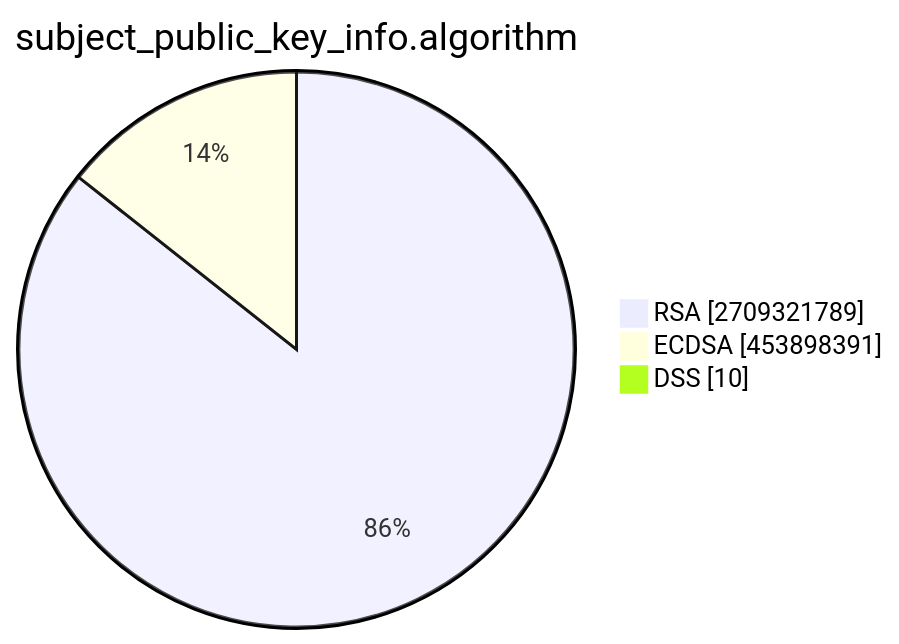
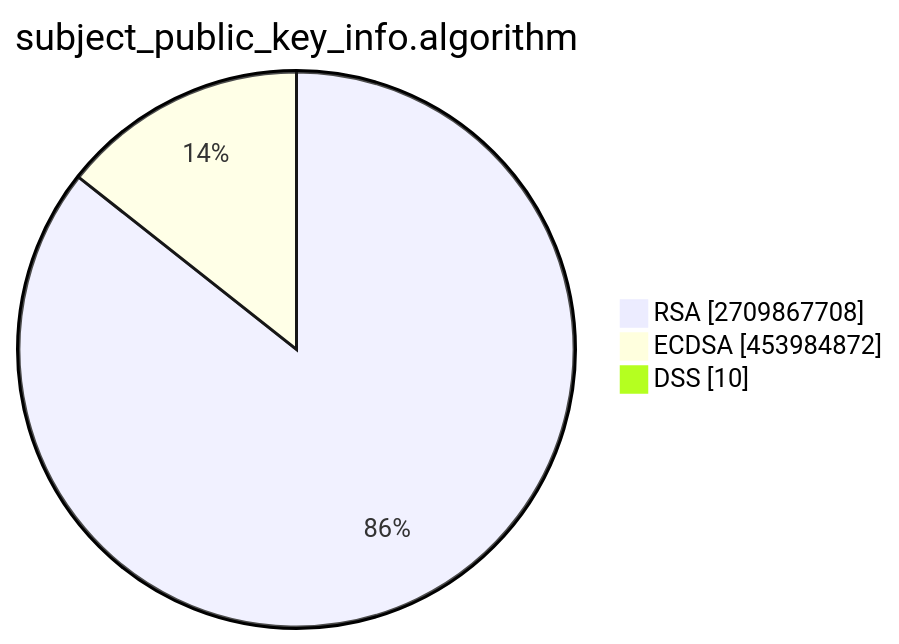
One commit to christiankrug/ctmonitor_visualization changed the second of 15 diagrams in TOTAL/README.md. Above: the diagram before and after it, drawn with Mermaid. The commit also changed other lines of this file, not shown here.

````diff
--- a/TOTAL/README.md
+++ b/TOTAL/README.md
@@ -6,7 +6,7 @@
 ```mermaid
 pie showData
 title subject_public_key_info.algorithm
-"RSA" :2709321789
-"ECDSA" :453898391
+"RSA" :2709867708
+"ECDSA" :453984872
 "DSS" :10
 ```
````
